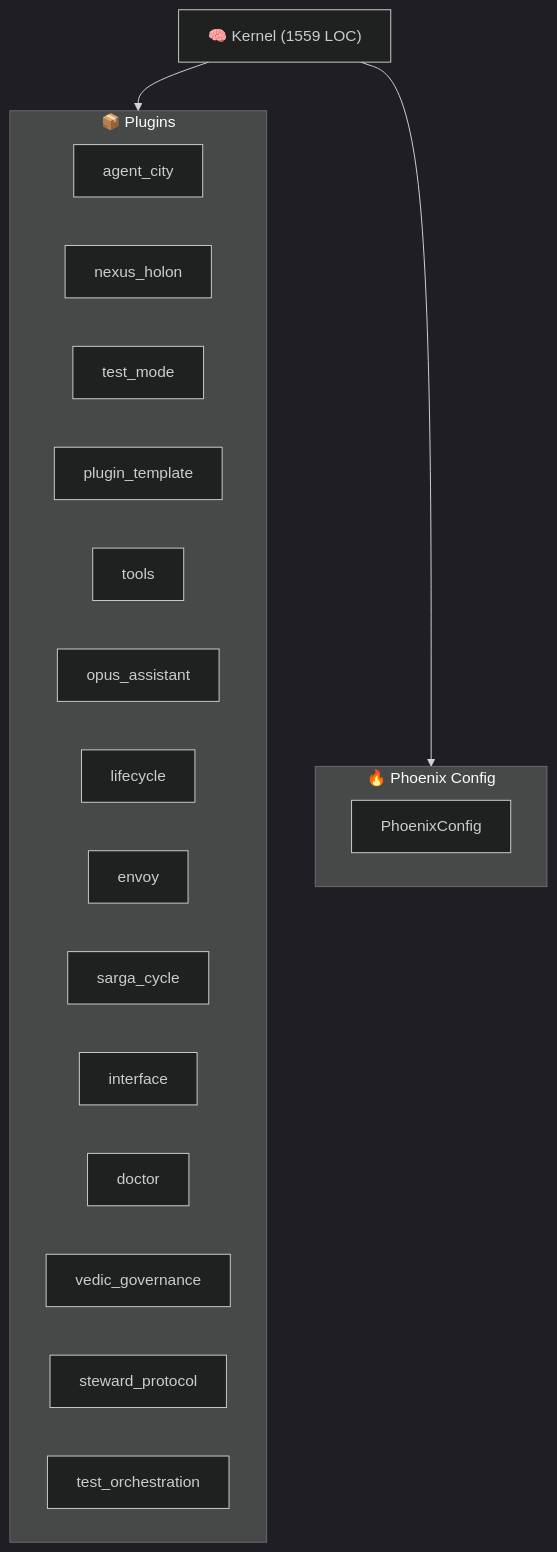
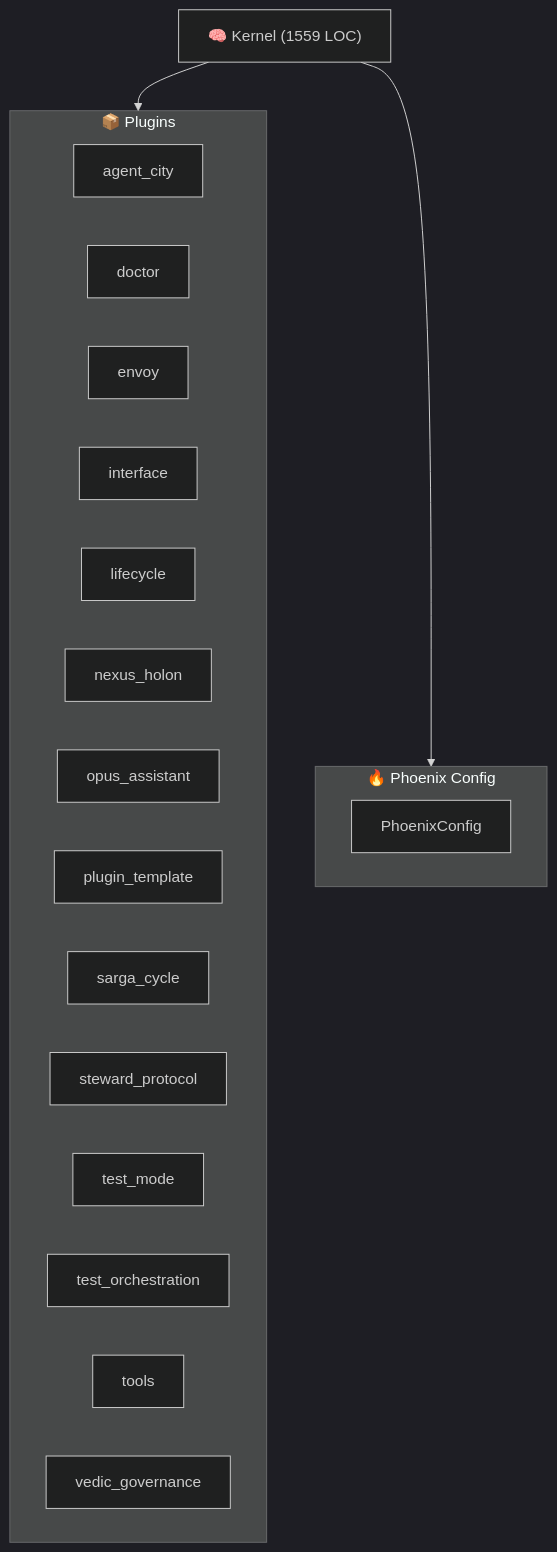
Before and after one commit to kimeisele/steward-protocol: the diagram in ARCHITECTURE.md, drawn with Mermaid (dark theme). The commit also changed other lines of this file and 13 other files, not shown here.

````diff
--- a/ARCHITECTURE.md
+++ b/ARCHITECTURE.md
@@ -8,25 +8,25 @@
 ```mermaid
 graph TB
     K["🧠 Kernel (1559 LOC)"]
     subgraph Plugins["📦 Plugins"]
         P_agent_city["agent_city"]
+        P_doctor["doctor"]
+        P_envoy["envoy"]
+        P_interface["interface"]
+        P_lifecycle["lifecycle"]
         P_nexus_holon["nexus_holon"]
+        P_opus_assistant["opus_assistant"]
+        P_plugin_template["plugin_template"]
+        P_sarga_cycle["sarga_cycle"]
+        P_steward_protocol["steward_protocol"]
         P_test_mode["test_mode"]
-        P_plugin_template["plugin_template"]
+        P_test_orchestration["test_orchestration"]
         P_tools["tools"]
-        P_opus_assistant["opus_assistant"]
-        P_lifecycle["lifecycle"]
-        P_envoy["envoy"]
-        P_sarga_cycle["sarga_cycle"]
-        P_interface["interface"]
-        P_doctor["doctor"]
         P_vedic_governance["vedic_governance"]
-        P_steward_protocol["steward_protocol"]
-        P_test_orchestration["test_orchestration"]
     end
     K --> Plugins
     subgraph Config["🔥 Phoenix Config"]
         PC[PhoenixConfig]
     end
     K --> Config
 ```
````
